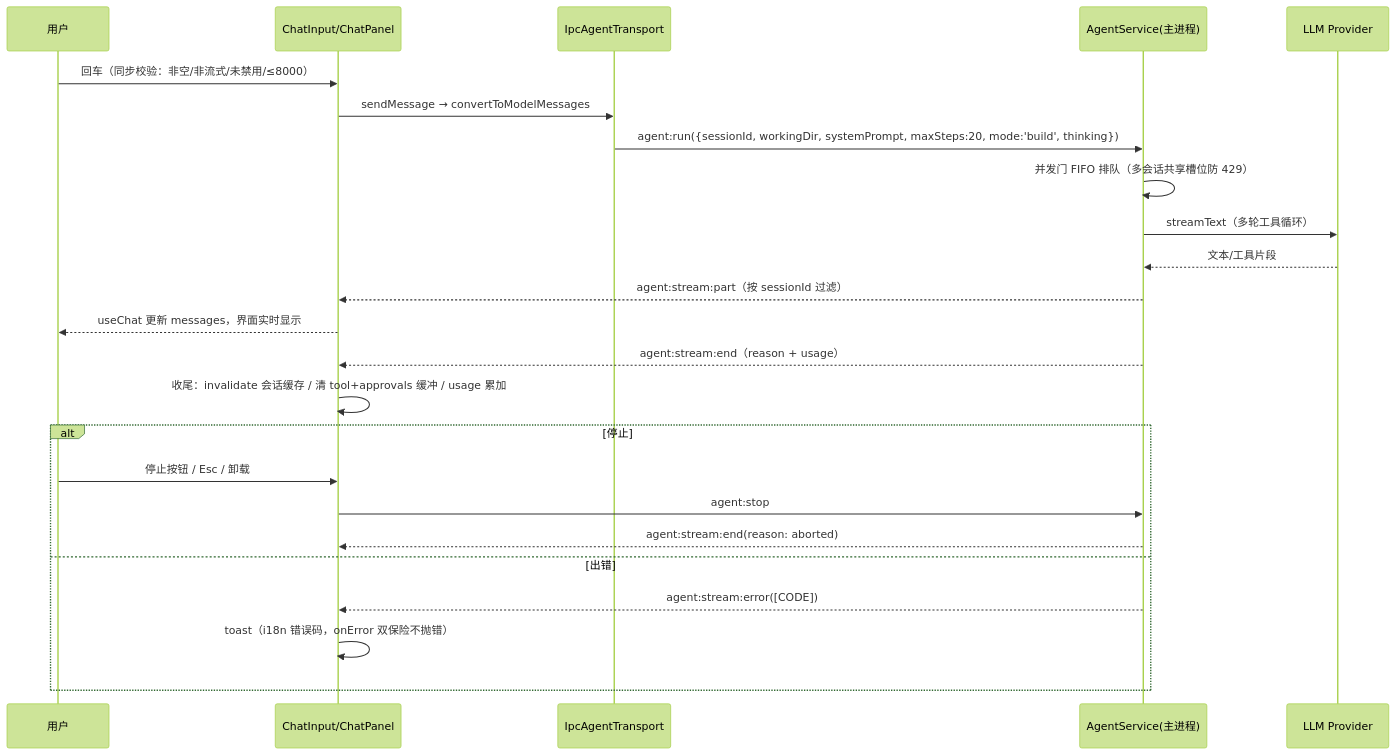
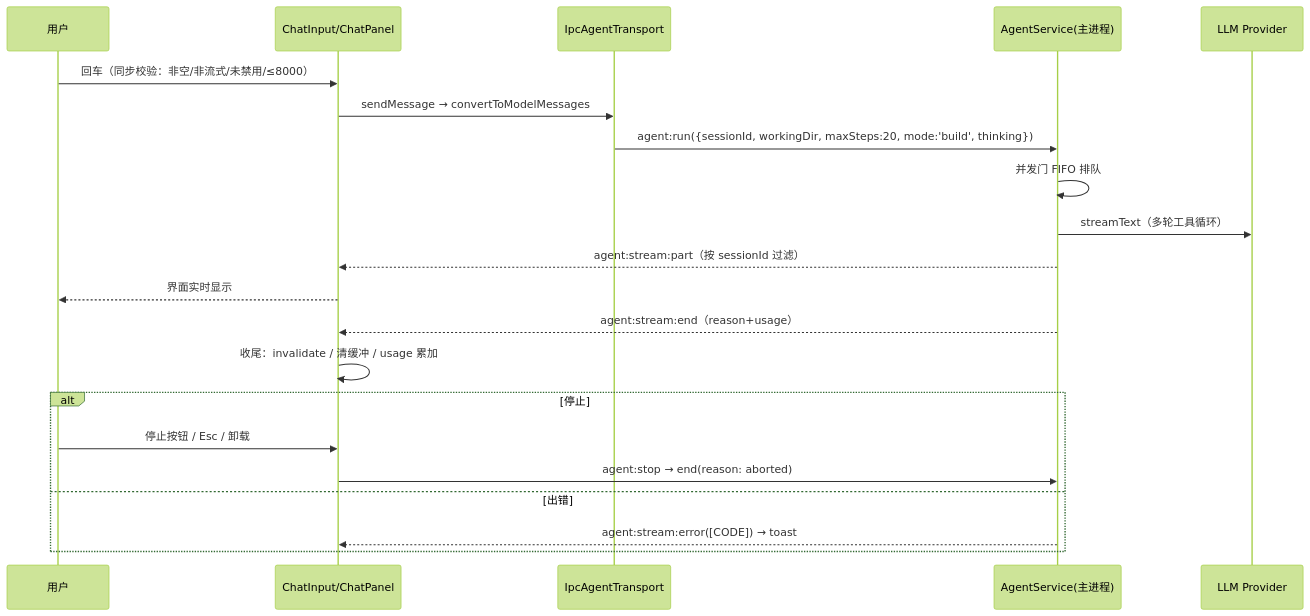
One commit to zlh12331/superagent changed the fifth of 5 diagrams in docs/design/09-ux-interaction-spec.md. Above: the diagram before and after it, drawn with Mermaid (forest theme). The commit also changed other lines of this file, not shown here.

````diff
--- a/docs/design/09-ux-interaction-spec.md
+++ b/docs/design/09-ux-interaction-spec.md
@@ -345,26 +349,23 @@
 ```mermaid
 sequenceDiagram
   participant U as 用户
   participant C as ChatInput/ChatPanel
   participant T as IpcAgentTransport
   participant M as AgentService(主进程)
   participant L as LLM Provider
   U->>C: 回车（同步校验：非空/非流式/未禁用/≤8000）
   C->>T: sendMessage → convertToModelMessages
-  T->>M: agent:run({sessionId, workingDir, systemPrompt, maxSteps:20, mode:'build', thinking})
-  M->>M: 并发门 FIFO 排队（多会话共享槽位防 429）
+  T->>M: agent:run({sessionId, workingDir, maxSteps:20, mode:'build', thinking})
+  M->>M: 并发门 FIFO 排队
   M->>L: streamText（多轮工具循环）
-  L-->>M: 文本/工具片段
   M-->>C: agent:stream:part（按 sessionId 过滤）
-  C-->>U: useChat 更新 messages，界面实时显示
-  M-->>C: agent:stream:end（reason + usage）
-  C->>C: 收尾：invalidate 会话缓存 / 清 tool+approvals 缓冲 / usage 累加
+  C-->>U: 界面实时显示
+  M-->>C: agent:stream:end（reason+usage）
+  C->>C: 收尾：invalidate / 清缓冲 / usage 累加
   alt 停止
     U->>C: 停止按钮 / Esc / 卸载
-    C->>M: agent:stop
-    M-->>C: agent:stream:end(reason: aborted)
+    C->>M: agent:stop → end(reason: aborted)
   else 出错
-    M-->>C: agent:stream:error([CODE])
-    C->>C: toast（i18n 错误码，onError 双保险不抛错）
+    M-->>C: agent:stream:error([CODE]) → toast
   end
 ```
````
